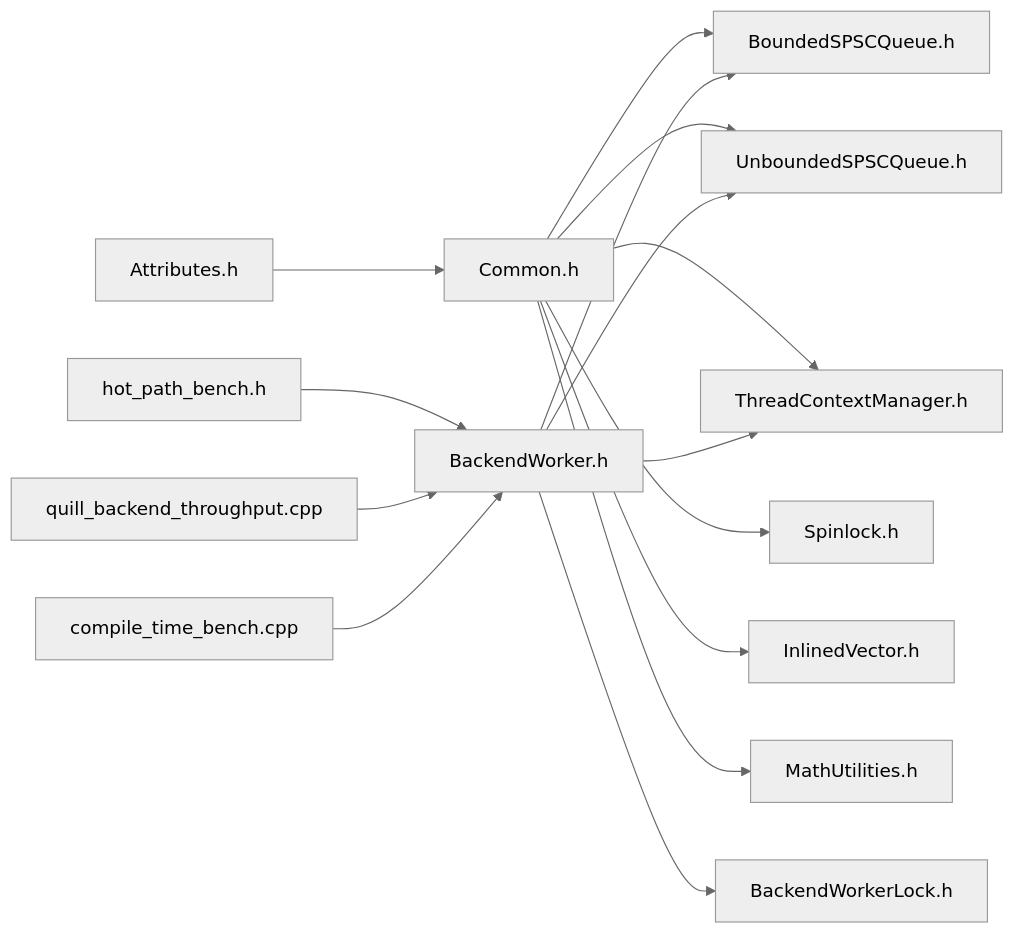
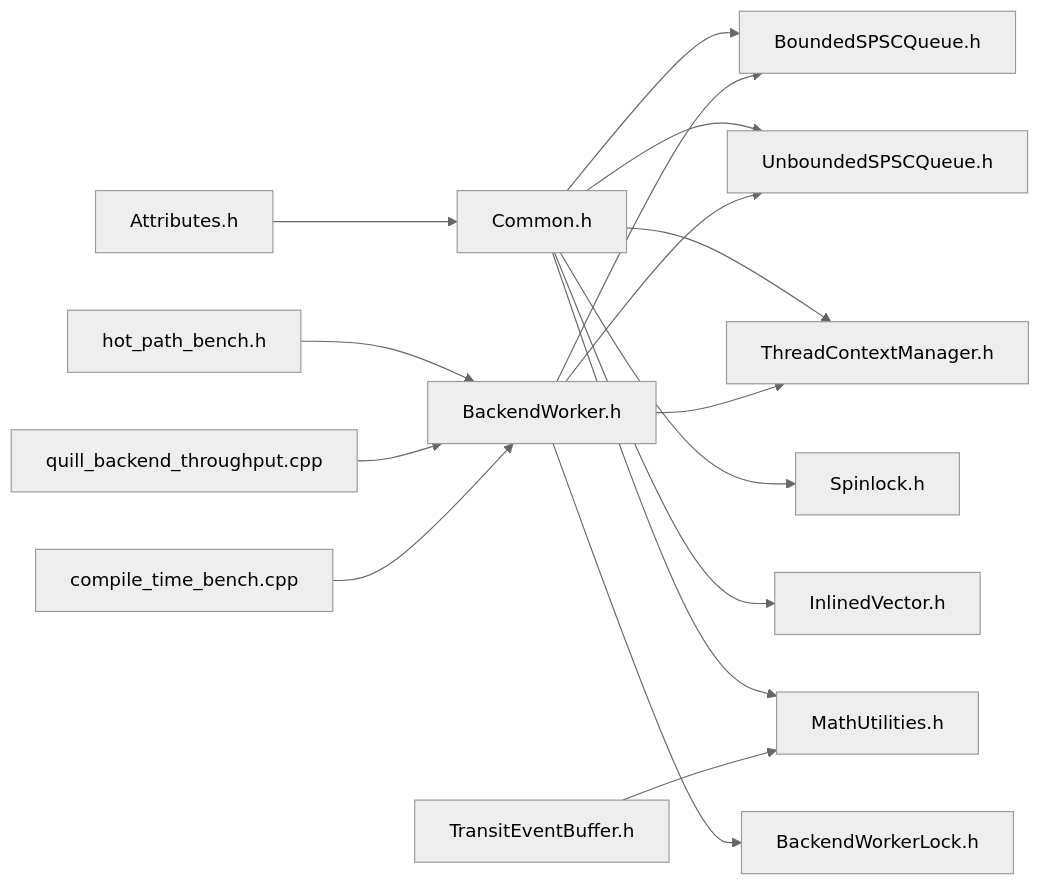
Before and after one commit to xuetianhao98/quill: the eighth of 8 diagrams in .qoder/repowiki/zh/content/性能优化/性能优化.md, drawn with Mermaid (neutral theme). The commit also changed other lines of this file and 101 other files, not shown here.

````diff
--- a/.qoder/repowiki/zh/content/性能优化/性能优化.md
+++ b/.qoder/repowiki/zh/content/性能优化/性能优化.md
@@ -309,17 +328,18 @@
 ```mermaid
 graph LR
 A["Attributes.h"] --> B["Common.h"]
 B --> C["BoundedSPSCQueue.h"]
 B --> D["UnboundedSPSCQueue.h"]
 B --> E["ThreadContextManager.h"]
 B --> F["Spinlock.h"]
 B --> G["InlinedVector.h"]
 B --> H["MathUtilities.h"]
 I["BackendWorker.h"] --> C
 I --> D
 I --> E
 I --> J["BackendWorkerLock.h"]
 K["hot_path_bench.h"] --> I
 L["quill_backend_throughput.cpp"] --> I
 M["compile_time_bench.cpp"] --> I
+N["TransitEventBuffer.h"] --> H
 ```
````
